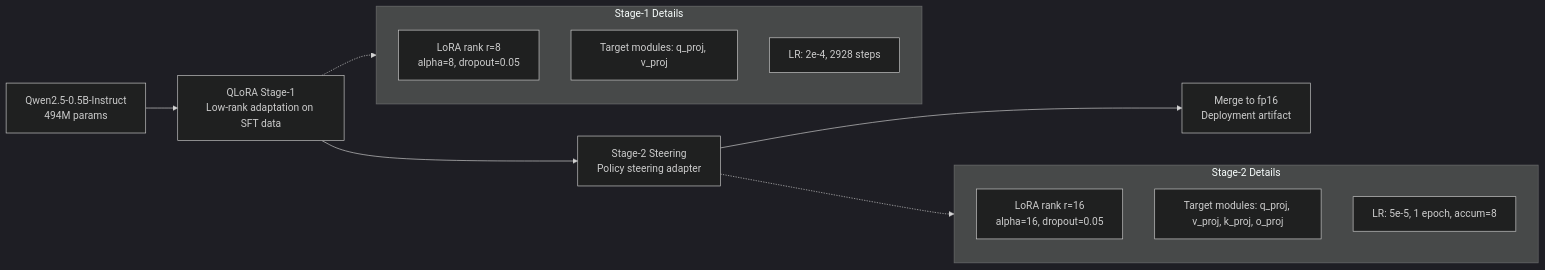
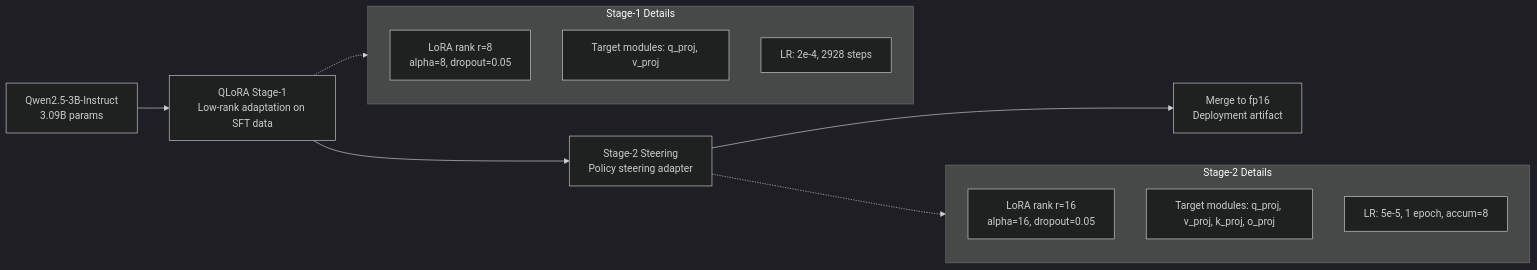
The sixth of 14 diagrams in README.md (bharqav/SLM), drawn with Mermaid (dark theme) before and after one commit. The commit also changed other lines of this file and 27 other files, not shown here.

````diff
--- a/README.md
+++ b/README.md
@@ -546,23 +546,23 @@
 ```mermaid
 flowchart LR
-    A[Qwen2.5-0.5B-Instruct<br/>494M params] --> B[QLoRA Stage-1<br/>Low-rank adaptation on SFT data]
+    A[Qwen2.5-3B-Instruct<br/>3.09B params] --> B[QLoRA Stage-1<br/>Low-rank adaptation on SFT data]
     B --> C[Stage-2 Steering<br/>Policy steering adapter]
     C --> D[Merge to fp16<br/>Deployment artifact]
 
     subgraph Stage1[Stage-1 Details]
         direction TB
         S1[LoRA rank r=8<br/>alpha=8, dropout=0.05]
         S2[Target modules: q_proj, v_proj]
         S3[LR: 2e-4, 2928 steps]
     end
 
     subgraph Stage2[Stage-2 Details]
         direction TB
         ST1[LoRA rank r=16<br/>alpha=16, dropout=0.05]
         ST2[Target modules: q_proj, v_proj, k_proj, o_proj]
         ST3[LR: 5e-5, 1 epoch, accum=8]
     end
 
     B -.-> Stage1
     C -.-> Stage2
 ```
````
